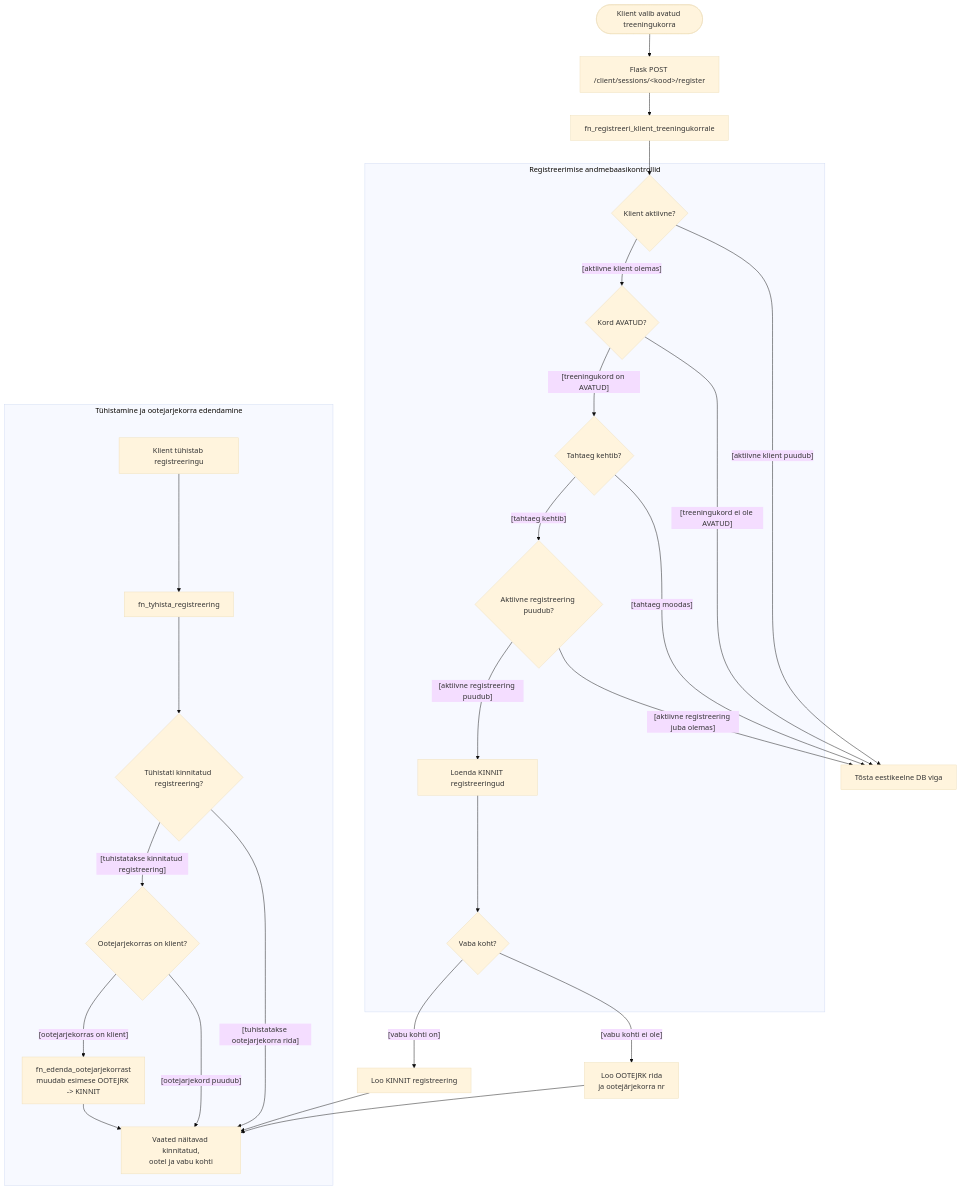
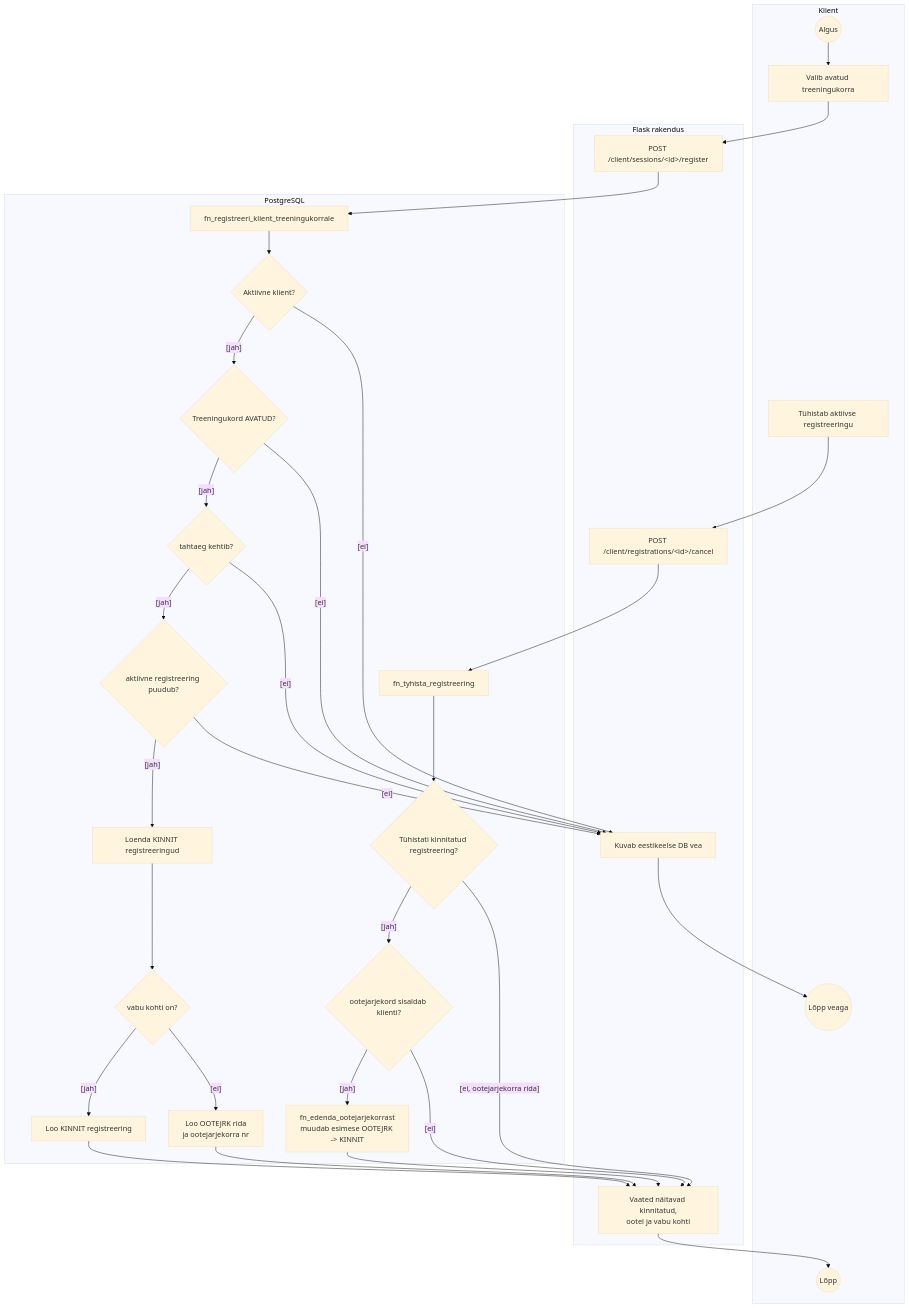
Before and after one commit to tamkivi/andmebaasid-projekt: the diagram in diagrams/04_registration_activity.mmd, drawn with Mermaid (base theme). The commit also changed 29 other files, not shown here.

```diff
--- a/diagrams/04_registration_activity.mmd
+++ b/diagrams/04_registration_activity.mmd
@@ -1,45 +1,50 @@
 flowchart TB
-    START([Klient valib avatud treeningukorra])
-    ROUTE["Flask POST /client/sessions/&lt;kood&gt;/register"]
-    FN["fn_registreeri_klient_treeningukorrale"]
-
-    subgraph "Registreerimise andmebaasikontrollid"
-        ACTIVE{"Klient aktiivne?"}
-        OPEN{"Kord AVATUD?"}
-        DEADLINE{"Tahtaeg kehtib?"}
-        DUP{"Aktiivne registreering puudub?"}
-        COUNT["Loenda KINNIT registreeringud"]
-        SEAT{"Vaba koht?"}
+    subgraph LANE_K["Klient"]
+        START((Algus))
+        PICK["Valib avatud treeningukorra"]
+        CANCEL["Tühistab aktiivse registreeringu"]
+        ENDOK((Lõpp))
+        ENDERR((Lõpp veaga))
     end
 
-    CONF["Loo KINNIT registreering"]
-    WAIT["Loo OOTEJRK rida\nja ootejärjekorra nr"]
-    ERR["Tõsta eestikeelne DB viga"]
-    VIEW["Vaated näitavad kinnitatud,\nootel ja vabu kohti"]
+    subgraph LANE_F["Flask rakendus"]
+        ROUTE["POST /client/sessions/&lt;id&gt;/register"]
+        CANCEL_ROUTE["POST /client/registrations/&lt;id&gt;/cancel"]
+        VIEW["Vaated näitavad kinnitatud,\nootel ja vabu kohti"]
+        ERR["Kuvab eestikeelse DB vea"]
+    end
 
-    START --> ROUTE --> FN --> ACTIVE
-    ACTIVE -->|"[aktiivne klient olemas]"| OPEN
-    OPEN -->|"[treeningukord on AVATUD]"| DEADLINE
-    DEADLINE -->|"[tahtaeg kehtib]"| DUP
-    DUP -->|"[aktiivne registreering puudub]"| COUNT
-    COUNT --> SEAT
-    SEAT -->|"[vabu kohti on]"| CONF --> VIEW
-    SEAT -->|"[vabu kohti ei ole]"| WAIT --> VIEW
-
-    ACTIVE -->|"[aktiivne klient puudub]"| ERR
-    OPEN -->|"[treeningukord ei ole AVATUD]"| ERR
-    DEADLINE -->|"[tahtaeg moodas]"| ERR
-    DUP -->|"[aktiivne registreering juba olemas]"| ERR
-
-    subgraph "Tühistamine ja ootejarjekorra edendamine"
-        CANCEL["Klient tühistab registreeringu"]
+    subgraph LANE_DB["PostgreSQL"]
+        FN["fn_registreeri_klient_treeningukorrale"]
+        ACTIVE{"Aktiivne klient?"}
+        OPEN{"Treeningukord AVATUD?"}
+        DEADLINE{"tahtaeg kehtib?"}
+        DUP{"aktiivne registreering puudub?"}
+        COUNT["Loenda KINNIT registreeringud"]
+        SEAT{"vabu kohti on?"}
+        CONF["Loo KINNIT registreering"]
+        WAIT["Loo OOTEJRK rida\nja ootejarjekorra nr"]
         CANCEL_FN["fn_tyhista_registreering"]
         WAS_CONF{"Tühistati kinnitatud registreering?"}
-        QUEUE{"Ootejarjekorras on klient?"}
+        QUEUE{"ootejarjekord sisaldab klienti?"}
         PROMOTED["fn_edenda_ootejarjekorrast\nmuudab esimese OOTEJRK -> KINNIT"]
-        CANCEL --> CANCEL_FN --> WAS_CONF
-        WAS_CONF -->|"[tuhistatakse kinnitatud registreering]"| QUEUE
-        WAS_CONF -->|"[tuhistatakse ootejarjekorra rida]"| VIEW
-        QUEUE -->|"[ootejarjekorras on klient]"| PROMOTED --> VIEW
-        QUEUE -->|"[ootejarjekord puudub]"| VIEW
     end
+
+    START --> PICK --> ROUTE --> FN --> ACTIVE
+    ACTIVE -->|"[jah]"| OPEN
+    OPEN -->|"[jah]"| DEADLINE
+    DEADLINE -->|"[jah]"| DUP
+    DUP -->|"[jah]"| COUNT --> SEAT
+    SEAT -->|"[jah]"| CONF --> VIEW --> ENDOK
+    SEAT -->|"[ei]"| WAIT --> VIEW
+
+    ACTIVE -->|"[ei]"| ERR --> ENDERR
+    OPEN -->|"[ei]"| ERR
+    DEADLINE -->|"[ei]"| ERR
+    DUP -->|"[ei]"| ERR
+
+    CANCEL --> CANCEL_ROUTE --> CANCEL_FN --> WAS_CONF
+    WAS_CONF -->|"[jah]"| QUEUE
+    WAS_CONF -->|"[ei, ootejarjekorra rida]"| VIEW
+    QUEUE -->|"[jah]"| PROMOTED --> VIEW
+    QUEUE -->|"[ei]"| VIEW
```
